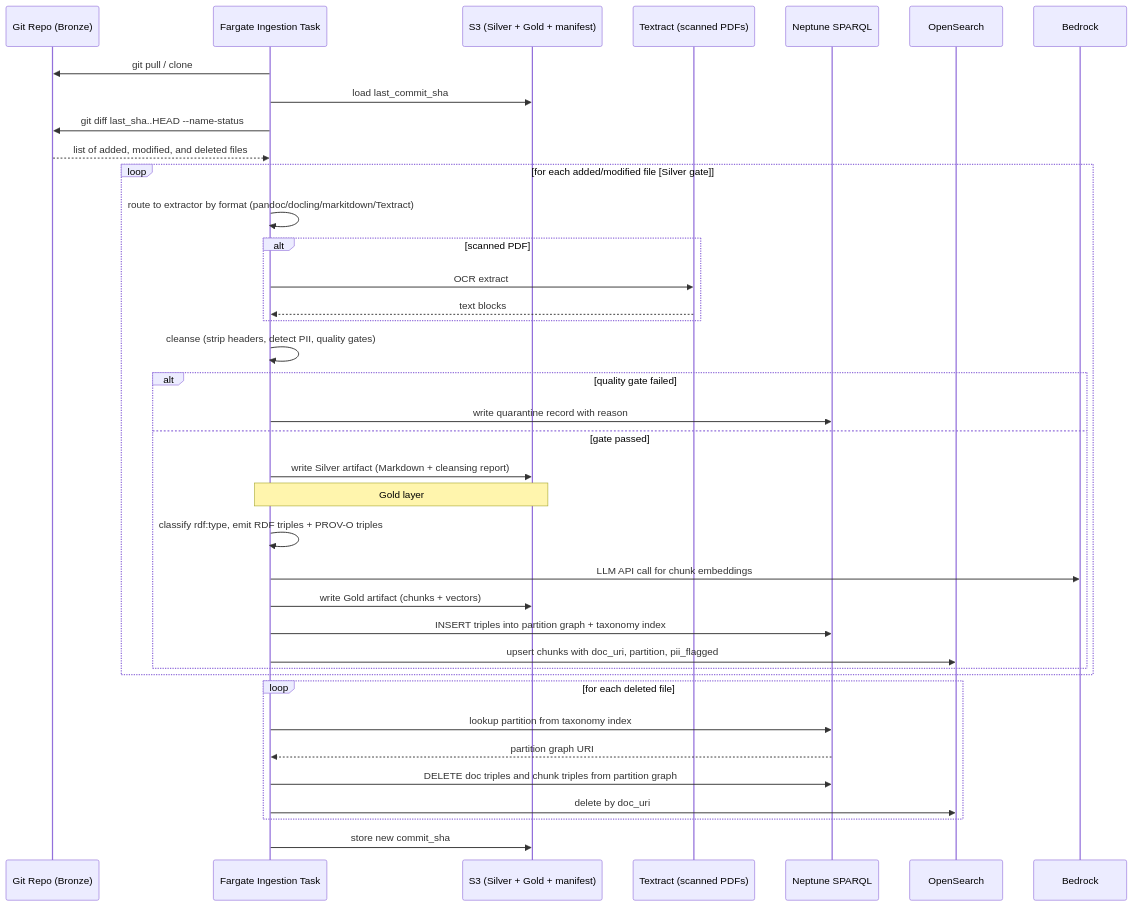
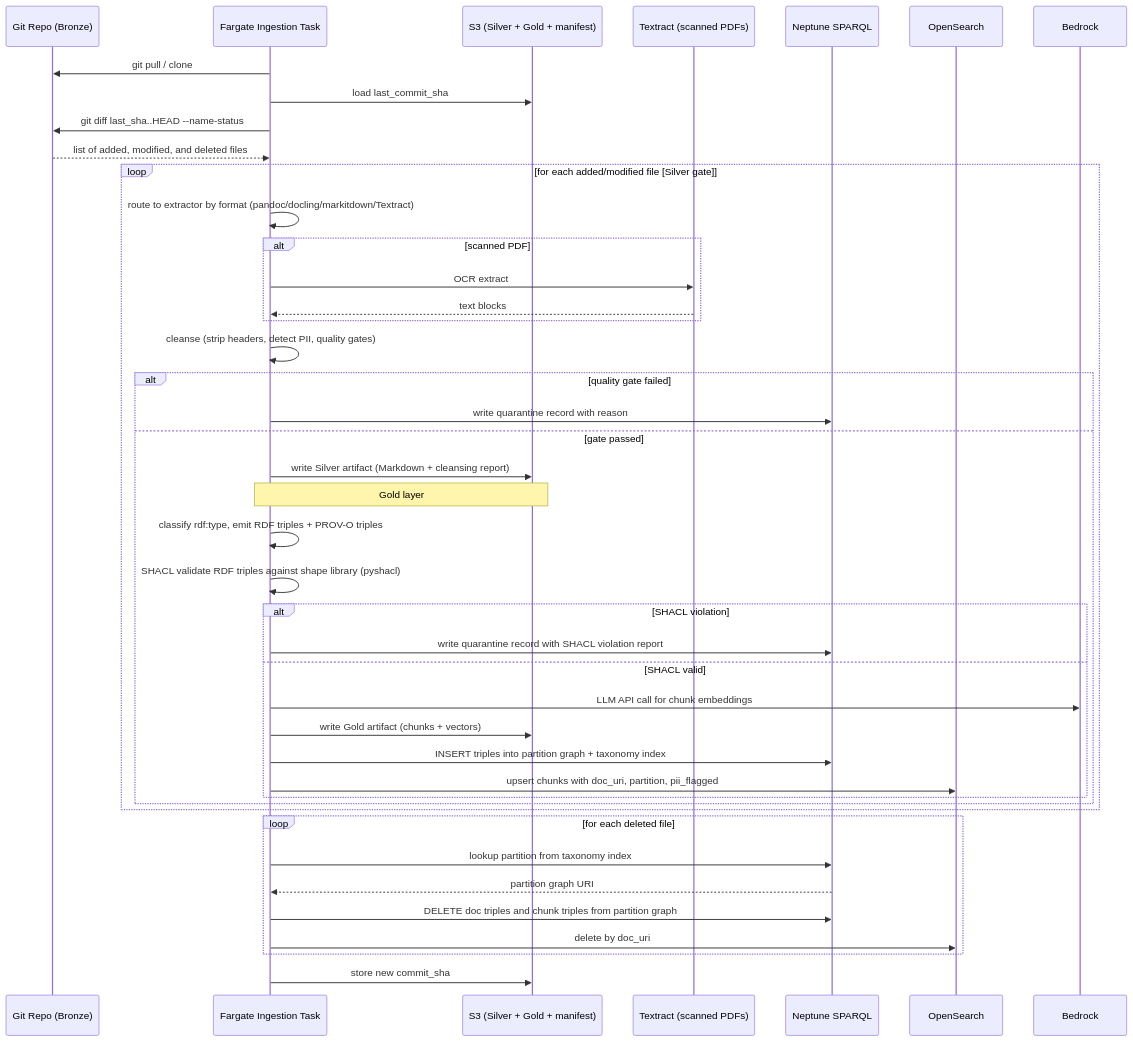
One commit to eugenelim/graphrag-aws-template changed the fourth of 5 diagrams in docs/architecture/biz-ops-knowledge-graph/design.md. Above: the diagram before and after it, drawn with Mermaid. The commit also changed other lines of this file and 1 other file, not shown here.

First line of the commit message:
docs(architecture): add SHACL validation gate to ini-002 ingestion pipeline

````diff
--- a/docs/architecture/biz-ops-knowledge-graph/design.md
+++ b/docs/architecture/biz-ops-knowledge-graph/design.md
@@ -492,44 +492,49 @@
 ```mermaid
 sequenceDiagram
     participant G as Git Repo (Bronze)
     participant F as Fargate Ingestion Task
     participant S as S3 (Silver + Gold + manifest)
     participant TX as Textract (scanned PDFs)
     participant NP as Neptune SPARQL
     participant OS as OpenSearch
     participant BD as Bedrock
 
     F->>G: git pull / clone
     F->>S: load last_commit_sha
     F->>G: git diff last_sha..HEAD --name-status
     G-->>F: list of added, modified, and deleted files
 
     loop for each added/modified file [Silver gate]
         F->>F: route to extractor by format (pandoc/docling/markitdown/Textract)
         alt scanned PDF
             F->>TX: OCR extract
             TX-->>F: text blocks
         end
         F->>F: cleanse (strip headers, detect PII, quality gates)
         alt quality gate failed
             F->>NP: write quarantine record with reason
         else gate passed
             F->>S: write Silver artifact (Markdown + cleansing report)
             Note over F,S: Gold layer
             F->>F: classify rdf:type, emit RDF triples + PROV-O triples
-            F->>BD: LLM API call for chunk embeddings
-            F->>S: write Gold artifact (chunks + vectors)
-            F->>NP: INSERT triples into partition graph + taxonomy index
-            F->>OS: upsert chunks with doc_uri, partition, pii_flagged
+            F->>F: SHACL validate RDF triples against shape library (pyshacl)
+            alt SHACL violation
+                F->>NP: write quarantine record with SHACL violation report
+            else SHACL valid
+                F->>BD: LLM API call for chunk embeddings
+                F->>S: write Gold artifact (chunks + vectors)
+                F->>NP: INSERT triples into partition graph + taxonomy index
+                F->>OS: upsert chunks with doc_uri, partition, pii_flagged
+            end
         end
     end
 
     loop for each deleted file
         F->>NP: lookup partition from taxonomy index
         NP-->>F: partition graph URI
         F->>NP: DELETE doc triples and chunk triples from partition graph
         F->>OS: delete by doc_uri
     end
 
     F->>S: store new commit_sha
 ```
````
